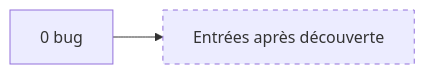
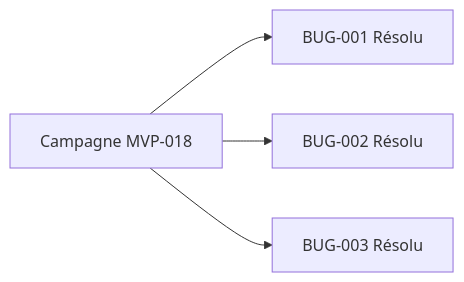
The third of 5 diagrams in docs/runtime/13_BUGS.md (JavaChrist/Tai-Chi-AI-Coach), drawn with Mermaid before and after one commit. The commit also changed other lines of this file and 14 other files, not shown here.

````diff
--- a/docs/runtime/13_BUGS.md
+++ b/docs/runtime/13_BUGS.md
@@ -67,5 +100,6 @@
 ```mermaid
 flowchart LR
-  Z[0 bug] --> Futur[Entrées après découverte]
-  style Futur stroke-dasharray: 5 5
+  Z[Campagne MVP-018] --> B1[BUG-001 Résolu]
+  Z --> B2[BUG-002 Résolu]
+  Z --> B3[BUG-003 Résolu]
 ```
````
